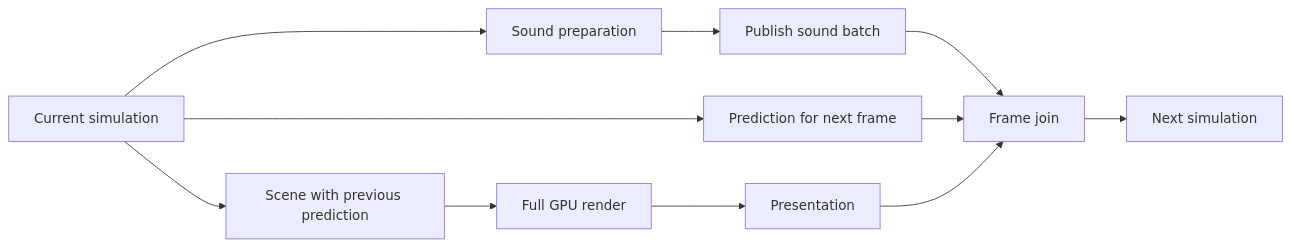
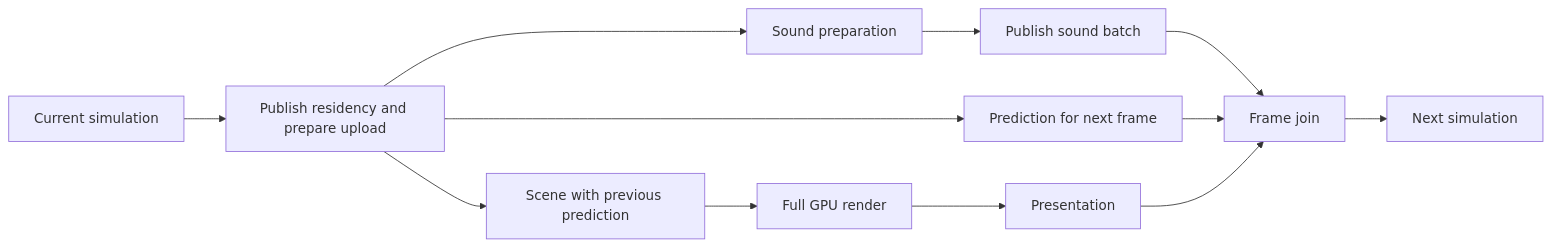
Before and after one commit to Hardcode84/10: the first of 2 diagrams in docs/runtime/task-graph.md, drawn with Mermaid. The commit also changed other lines of this file and 41 other files, not shown here.

````diff
--- a/docs/runtime/task-graph.md
+++ b/docs/runtime/task-graph.md
@@ -33,13 +56,14 @@
 ```mermaid
 flowchart LR
-    S[Current simulation] --> P[Prediction for next frame]
-    S --> A[Scene with previous prediction]
-    S --> U[Sound preparation]
+    S[Current simulation] --> G[Publish residency and prepare upload]
+    G --> P[Prediction for next frame]
+    G --> A[Scene with previous prediction]
+    G --> U[Sound preparation]
     U --> B[Publish sound batch]
     B --> J
     A --> R[Full GPU render]
     R --> O[Presentation]
     P --> J[Frame join]
     O --> J
     J --> N[Next simulation]
 ```
````
